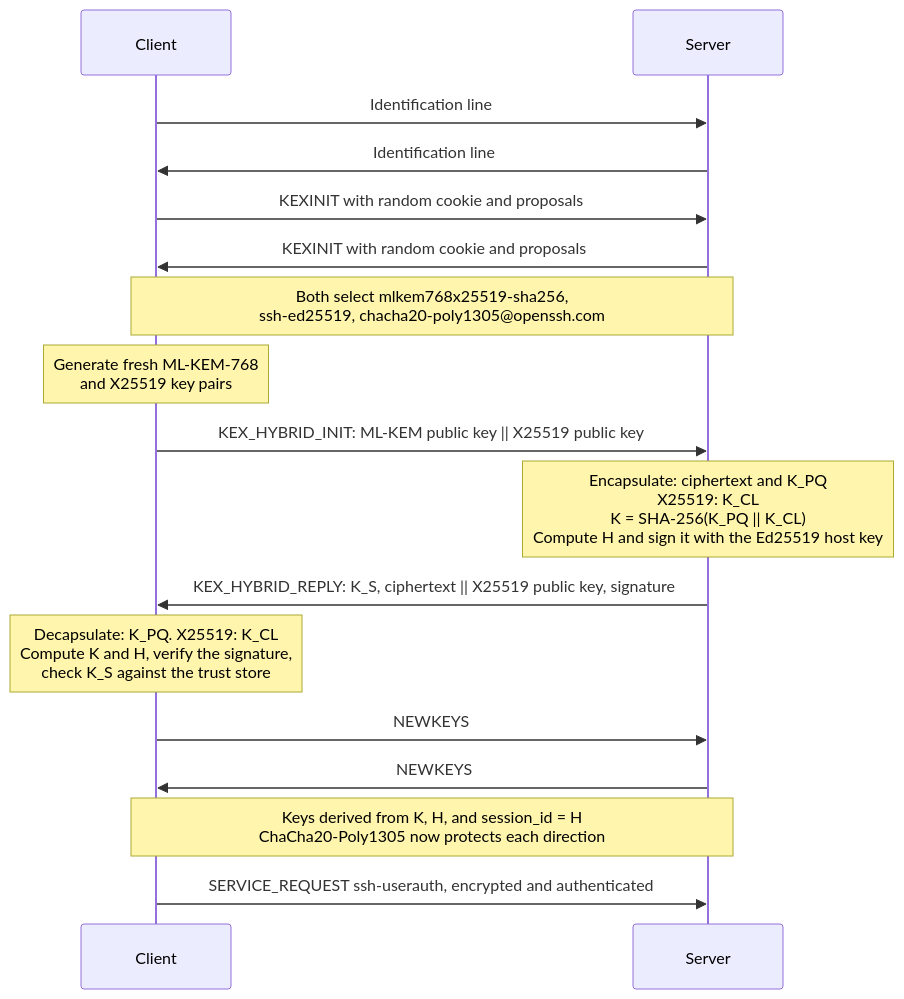
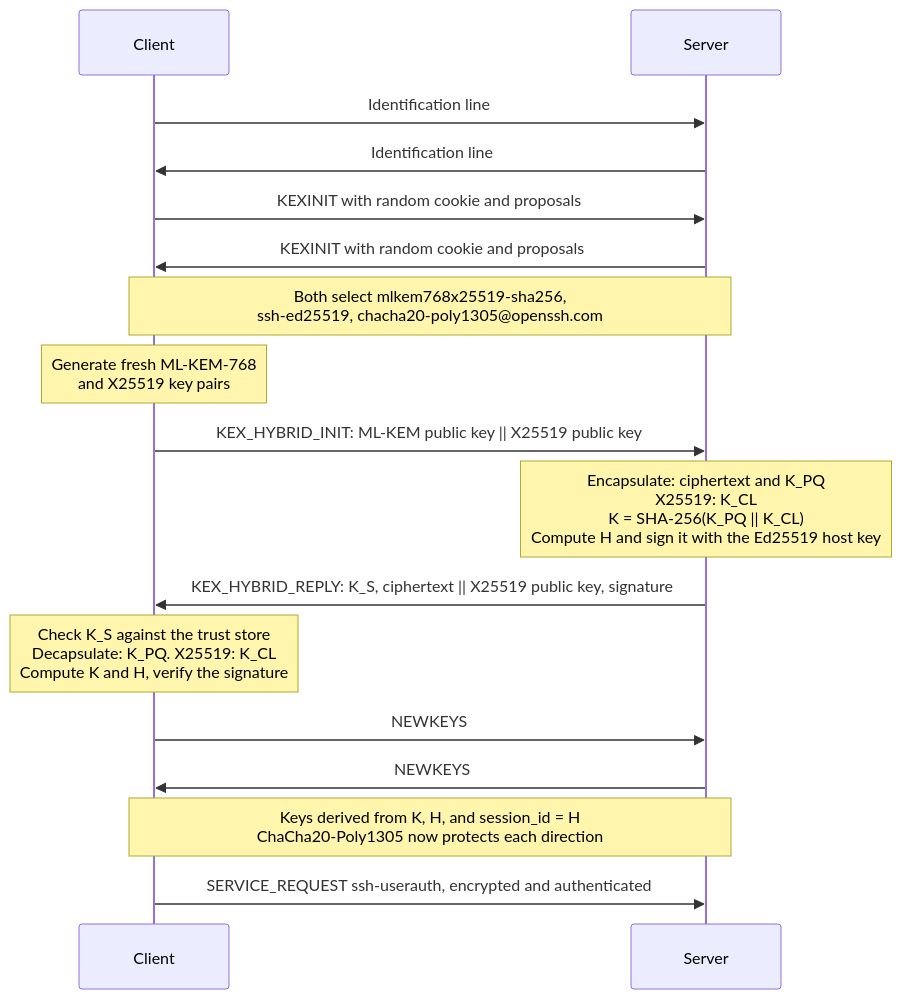
Before and after one commit to fornwall/ssh-protocol: the fourth of 5 diagrams in src/key-exchange.md, drawn with Mermaid. The commit also changed other lines of this file and 9 other files, not shown here.

First line of the commit message:
Show that the client checks host-key trust before the KEX signature

````diff
--- a/src/key-exchange.md
+++ b/src/key-exchange.md
@@ -211,19 +218,19 @@
 ```mermaid
 sequenceDiagram
     participant C as Client
     participant S as Server
     C->>S: Identification line
     S->>C: Identification line
     C->>S: KEXINIT with random cookie and proposals
     S->>C: KEXINIT with random cookie and proposals
     Note over C,S: Both select mlkem768x25519-sha256,<br/>ssh-ed25519, chacha20-poly1305@openssh.com
     Note over C: Generate fresh ML-KEM-768<br/>and X25519 key pairs
     C->>S: KEX_HYBRID_INIT: ML-KEM public key || X25519 public key
     Note over S: Encapsulate: ciphertext and K_PQ<br/>X25519: K_CL<br/>K = SHA-256(K_PQ || K_CL)<br/>Compute H and sign it with the Ed25519 host key
     S->>C: KEX_HYBRID_REPLY: K_S, ciphertext || X25519 public key, signature
-    Note over C: Decapsulate: K_PQ. X25519: K_CL<br/>Compute K and H, verify the signature,<br/>check K_S against the trust store
+    Note over C: Check K_S against the trust store<br/>Decapsulate: K_PQ. X25519: K_CL<br/>Compute K and H, verify the signature
     C->>S: NEWKEYS
     S->>C: NEWKEYS
     Note over C,S: Keys derived from K, H, and session_id = H<br/>ChaCha20-Poly1305 now protects each direction
     C->>S: SERVICE_REQUEST ssh-userauth, encrypted and authenticated
 ```
````
